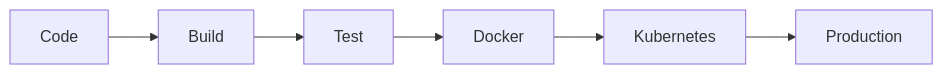
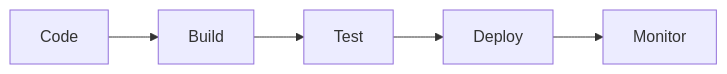
Before and after one commit to aliahmad28865-md/aliahmad28865-md: the diagram in README.md, drawn with Mermaid. The commit also changed other lines of this file, not shown here.

````diff
--- a/README.md
+++ b/README.md
@@ -49,8 +46,7 @@
 ```mermaid
 flowchart LR
 A[Code] --> B[Build]
 B --> C[Test]
-C --> D[Docker]
-D --> E[Kubernetes]
-E --> F[Production]
+C --> D[Deploy]
+D --> E[Monitor]
 ```
````
